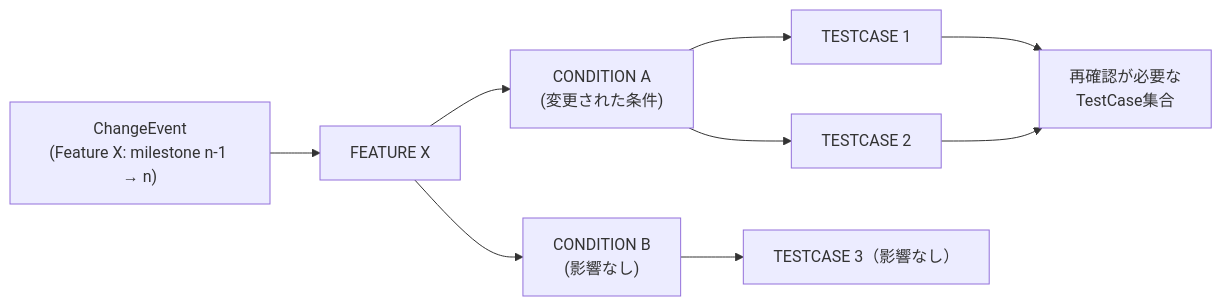
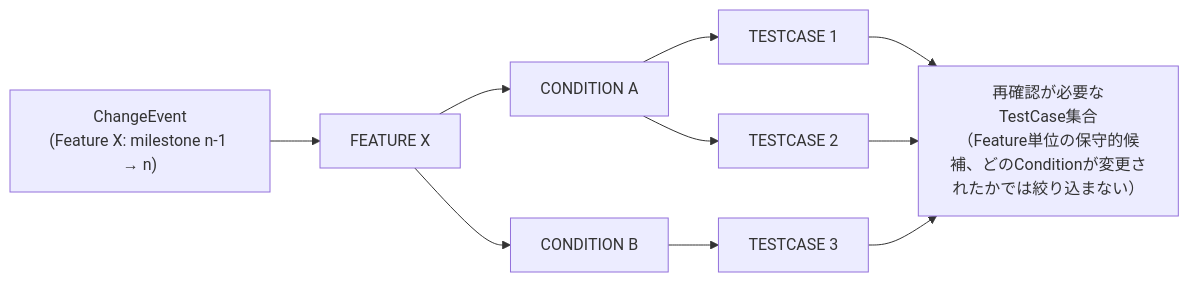
The fifth of 6 diagrams in docs/テスト知識管理のGit-nativeモデル_統合版.md (markharness/markharness), drawn with Mermaid before and after one commit. The commit also changed other lines of this file and 18 other files, not shown here.

````diff
--- a/docs/テスト知識管理のGit-nativeモデル_統合版.md
+++ b/docs/テスト知識管理のGit-nativeモデル_統合版.md
@@ -247,11 +255,12 @@
 ```mermaid
 flowchart LR
   CE["ChangeEvent\n(Feature X: milestone n-1 → n)"] --> FX["FEATURE X"]
-  FX --> C1["CONDITION A\n(変更された条件)"]
-  FX --> C2["CONDITION B\n(影響なし)"]
+  FX --> C1["CONDITION A"]
+  FX --> C2["CONDITION B"]
   C1 --> TC1["TESTCASE 1"]
   C1 --> TC2["TESTCASE 2"]
-  C2 --> TC3["TESTCASE 3（影響なし）"]
-  TC1 --> R["再確認が必要な\nTestCase集合"]
+  C2 --> TC3["TESTCASE 3"]
+  TC1 --> R["再確認が必要な\nTestCase集合\n（Feature単位の保守的候補、どのConditionが変更されたかでは絞り込まない）"]
   TC2 --> R
+  TC3 --> R
 ```
````
